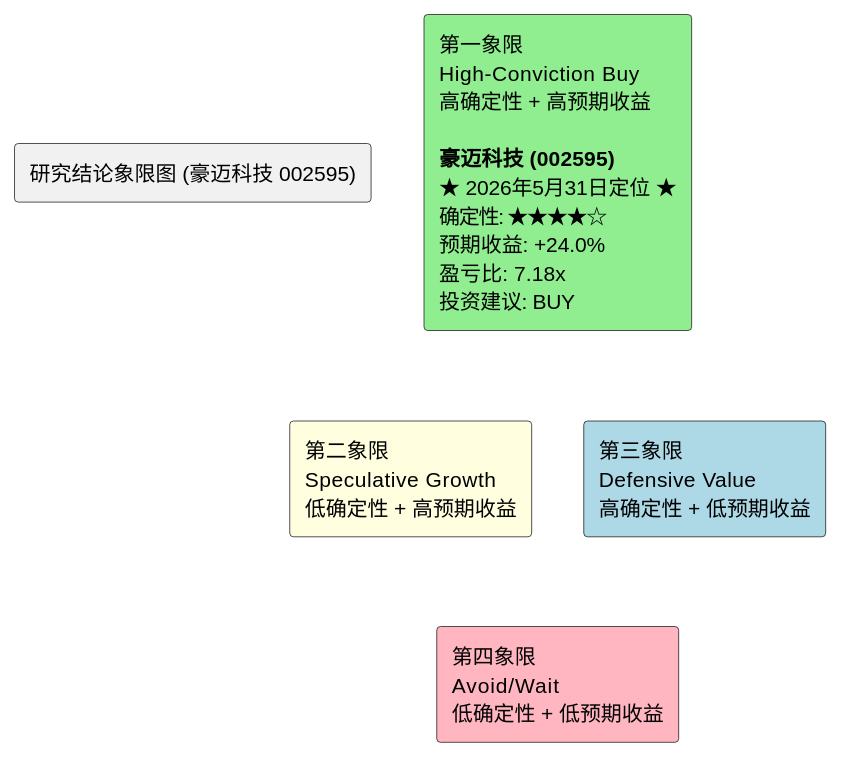
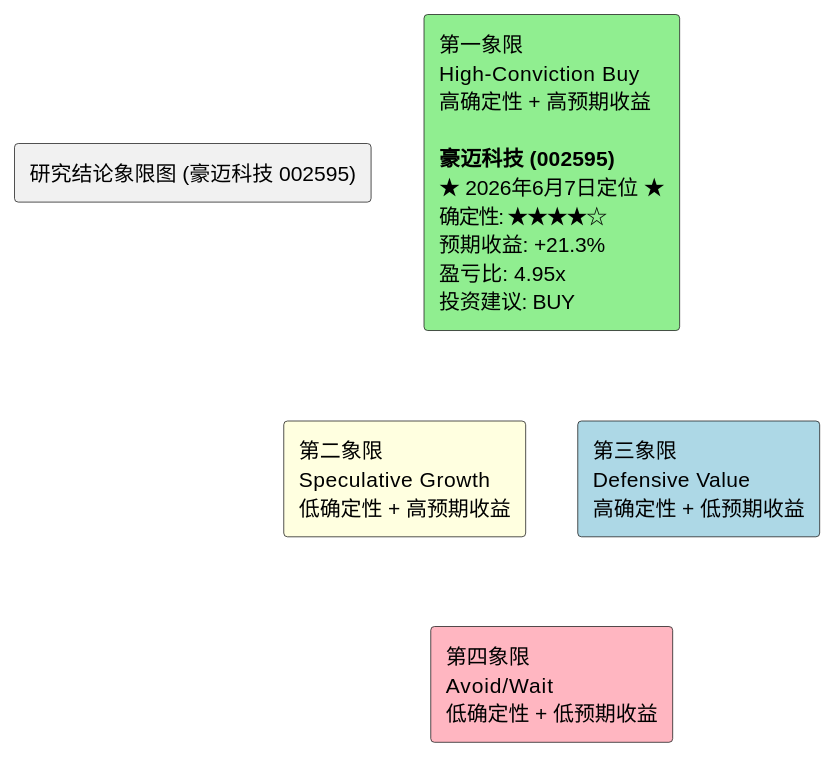
Before and after one commit to hrzzzrh/QuantPyLab: the diagram in investigation/equities/豪迈科技/reports/研报章节七：投资摘要与风险因素.md, drawn with PlantUML. The commit also changed other lines of this file and 141 other files, not shown here.

````diff
--- a/investigation/equities/豪迈科技/reports/研报章节七：投资摘要与风险因素.md
+++ b/investigation/equities/豪迈科技/reports/研报章节七：投资摘要与风险因素.md
@@ -130,18 +124,18 @@
 ```plantuml
 @startuml
 skinparam backgroundColor white
 skinparam componentStyle uml2
 
 rectangle "研究结论象限图 (豪迈科技 002595)" as title
 
-rectangle "第一象限\nHigh-Conviction Buy\n高确定性 + 高预期收益\n\n**豪迈科技 (002595)**\n★ 2026年5月31日定位 ★\n确定性: ★★★★☆\n预期收益: +24.0%\n盈亏比: 7.18x\n投资建议: BUY" as Q1 #LightGreen
+rectangle "第一象限\nHigh-Conviction Buy\n高确定性 + 高预期收益\n\n**豪迈科技 (002595)**\n★ 2026年6月7日定位 ★\n确定性: ★★★★☆\n预期收益: +21.3%\n盈亏比: 4.95x\n投资建议: BUY" as Q1 #LightGreen
 rectangle "第二象限\nSpeculative Growth\n低确定性 + 高预期收益" as Q2 #LightYellow
 rectangle "第三象限\nDefensive Value\n高确定性 + 低预期收益" as Q3 #LightBlue
 rectangle "第四象限\nAvoid/Wait\n低确定性 + 低预期收益" as Q4 #LightPink
 
 Q1 -[hidden]-> Q2
 Q3 -[hidden]-> Q4
 Q1 -[hidden]-> Q3
 Q2 -[hidden]-> Q4
 @enduml
 ```
````
